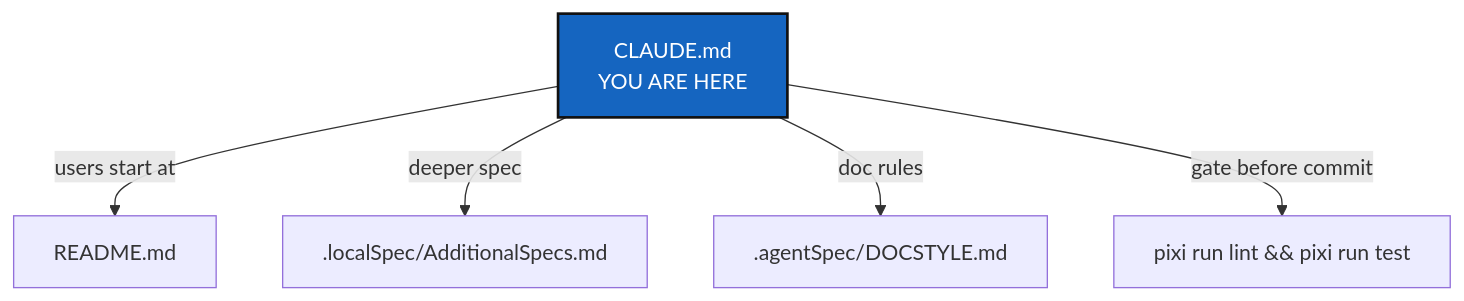
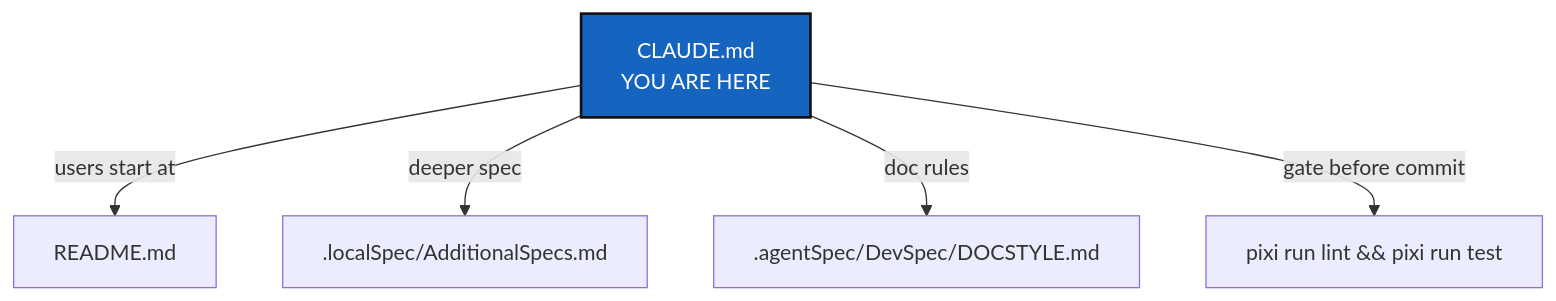
Before and after one commit to flipoyo/.claude: the diagram in CLAUDE.md, drawn with Mermaid. The commit also changed other lines of this file and 2 other files, not shown here.

First line of the commit message:
Point the generic-spec references at .agentSpec/DevSpec/

````diff
--- a/CLAUDE.md
+++ b/CLAUDE.md
@@ -25,10 +25,10 @@
 ```mermaid
 graph TD
     CLAUDE["CLAUDE.md<br/>YOU ARE HERE"] -->|users start at| README["README.md"]
     CLAUDE -->|deeper spec| SPEC[".localSpec/AdditionalSpecs.md"]
-    CLAUDE -->|doc rules| STYLE[".agentSpec/DOCSTYLE.md"]
+    CLAUDE -->|doc rules| STYLE[".agentSpec/DevSpec/DOCSTYLE.md"]
     CLAUDE -->|gate before commit| CI["pixi run lint && pixi run test"]
 
     classDef here fill:#1565C0,color:#fff,stroke:#111,stroke-width:2px;
     class CLAUDE here;
 ```
````
